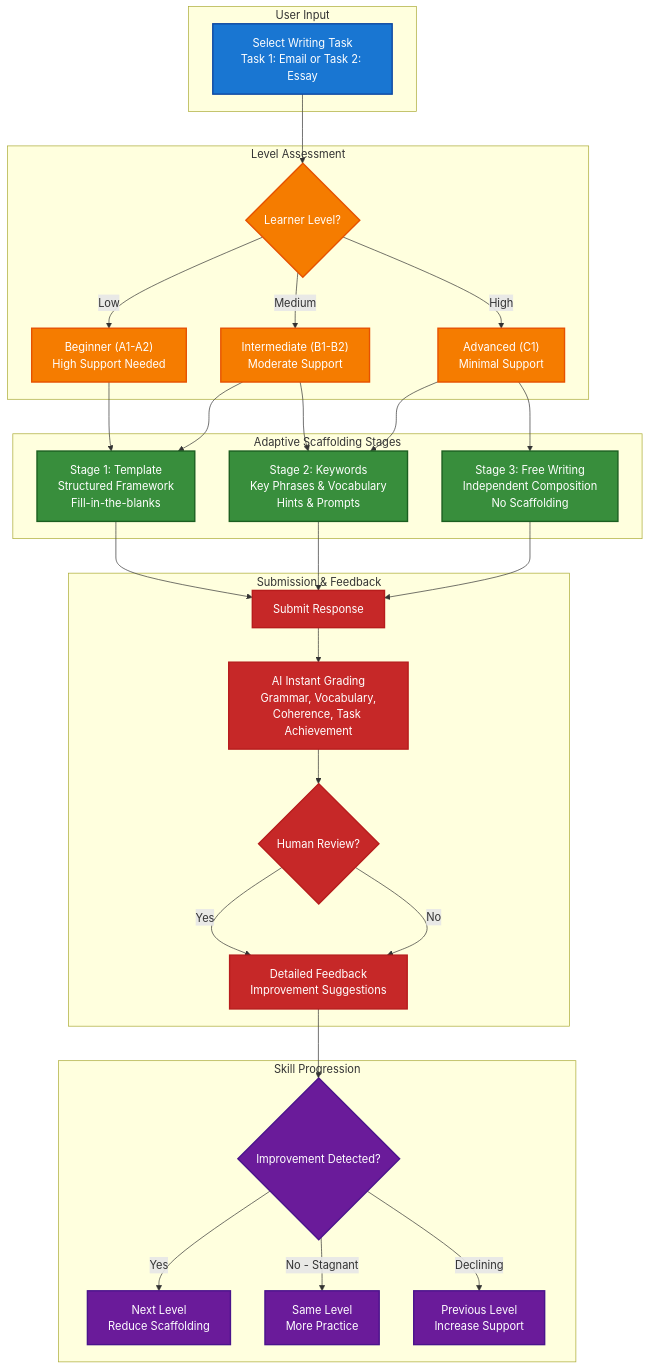
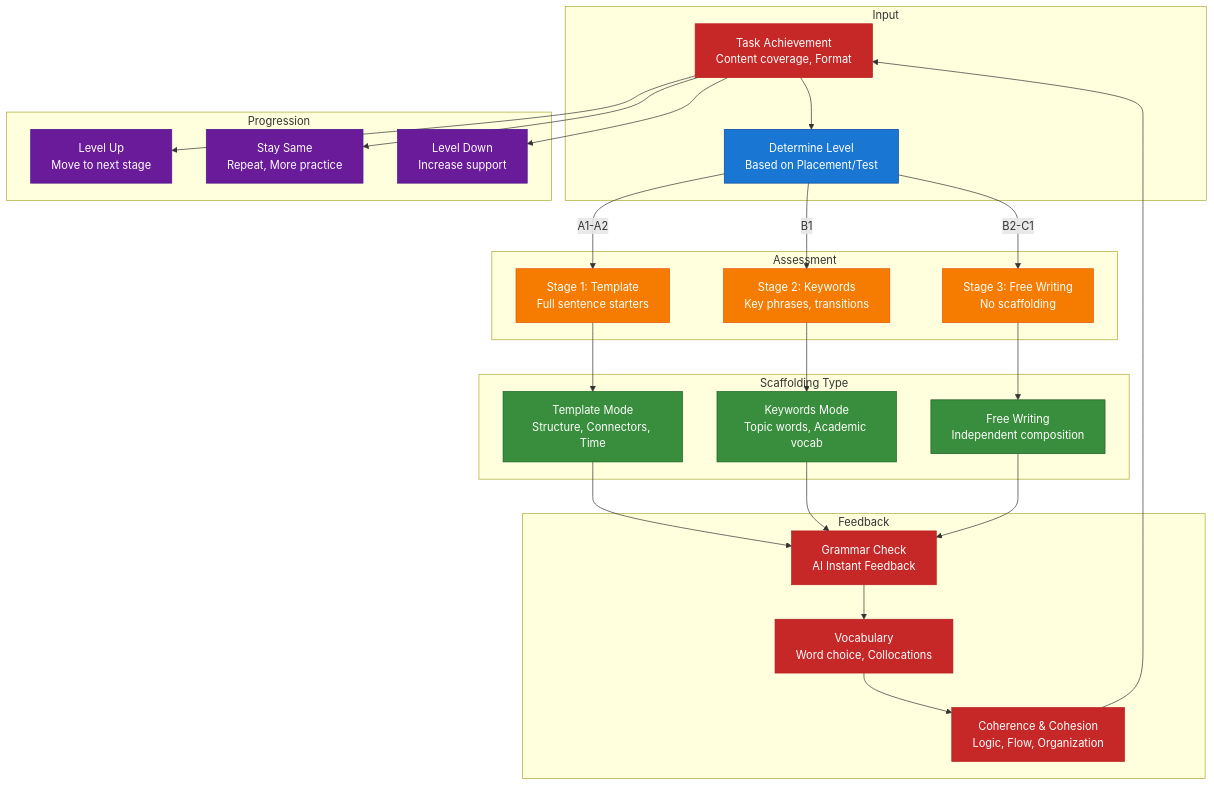
One commit to nghyane/VSTEP changed the third of 8 diagrams in docs/capstone/diagrams/flow-diagrams.md. Above: the diagram before and after it, drawn with Mermaid. The commit also changed other lines of this file and 1 other file, not shown here.

First line of the commit message:
docs: split flow diagrams into English and Vietnamese versions

````diff
--- a/docs/capstone/diagrams/flow-diagrams.md
+++ b/docs/capstone/diagrams/flow-diagrams.md
@@ -156,72 +127,61 @@
 ```mermaid
 flowchart TB
-    subgraph Input["User Input"]
-        select["Select Writing Task<br/>Task 1: Email or Task 2: Essay"]
+    subgraph Input ["Input"]
+        Task["Select Writing Task<br/>Task 1 (Email), Task 2 (Essay)"]
+        Level["Determine Level<br/>Based on Placement/Test"]
     end
 
-    subgraph Assessment["Level Assessment"]
-        level{"Learner Level?"}
-        beginner["Beginner (A1-A2)<br/>High Support Needed"]
-        intermediate["Intermediate (B1-B2)<br/>Moderate Support"]
-        advanced["Advanced (C1)<br/>Minimal Support"]
+    subgraph Assessment ["Assessment"]
+        Stage1["Stage 1: Template<br/>Full sentence starters"]
+        Stage2["Stage 2: Keywords<br/>Key phrases, transitions"]
+        Stage3["Stage 3: Free Writing<br/>No scaffolding"]
     end
 
-    subgraph Scaffold["Adaptive Scaffolding Stages"]
-        stage1["Stage 1: Template<br/>Structured Framework<br/>Fill-in-the-blanks"]
-        stage2["Stage 2: Keywords<br/>Key Phrases & Vocabulary<br/>Hints & Prompts"]
-        stage3["Stage 3: Free Writing<br/>Independent Composition<br/>No Scaffolding"]
+    subgraph Scaffold ["Scaffolding Type"]
+        Template["Template Mode<br/>Structure, Connectors, Time"]
+        Keywords["Keywords Mode<br/>Topic words, Academic vocab"]
+        Free["Free Writing<br/>Independent composition"]
     end
 
-    subgraph Submission["Submission & Feedback"]
-        submit["Submit Response"]
-        ai["AI Instant Grading<br/>Grammar, Vocabulary,<br/>Coherence, Task Achievement"]
-        human{"Human Review?"}
-        feedback["Detailed Feedback<br/>Improvement Suggestions"]
+    subgraph Feedback ["Feedback"]
+        Grammar["Grammar Check<br/>AI Instant Feedback"]
+        Vocab["Vocabulary<br/>Word choice, Collocations"]
+        Cohesion["Coherence & Cohesion<br/>Logic, Flow, Organization"]
+        Task["Task Achievement<br/>Content coverage, Format"]
     end
 
-    subgraph Progression["Skill Progression"]
-        improve{"Improvement Detected?"}
-        next["Next Level<br/>Reduce Scaffolding"]
-        repeat["Same Level<br/>More Practice"]
-        reset["Previous Level<br/>Increase Support"]
+    subgraph Progression ["Progression"]
+        Up["Level Up<br/>Move to next stage"]
+        Stay["Stay Same<br/>Repeat, More practice"]
+        Down["Level Down<br/>Increase support"]
     end
 
-    %% Flow connections
-    select --> level
-    level -->|Low| beginner
-    level -->|Medium| intermediate
-    level -->|High| advanced
-    
-    beginner --> stage1
-    intermediate --> stage1
-    intermediate --> stage2
-    advanced --> stage2
-    advanced --> stage3
-    
-    stage1 --> submit
-    stage2 --> submit
-    stage3 --> submit
-    
-    submit --> ai
-    ai --> human
-    human -->|Yes| feedback
-    human -->|No| feedback
-    feedback --> improve
-    
-    improve -->|Yes| next
-    improve -->|No - Stagnant| repeat
-    improve -->|Declining| reset
+    Task --> Level
+    Level -->|A1-A2| Stage1
+    Level -->|B1| Stage2
+    Level -->|B2-C1| Stage3
+    Stage1 --> Template
+    Stage2 --> Keywords
+    Stage3 --> Free
+    Template --> Grammar
+    Keywords --> Grammar
+    Free --> Grammar
+    Grammar --> Vocab
+    Vocab --> Cohesion
+    Cohesion --> Task
+    Task --> Up
+    Task --> Stay
+    Task --> Down
 
-    %% Styling
-    classDef input fill:#1976d2,stroke:#0d47a1,stroke-width:2px,color:#fff
-    classDef assessment fill:#f57c00,stroke:#e65100,stroke-width:2px,color:#fff
-    classDef scaffold fill:#388e3c,stroke:#1b5e20,stroke-width:2px,color:#fff
-    classDef feedback fill:#c62828,stroke:#b71c1c,stroke-width:2px,color:#fff
-    classDef progression fill:#6a1b9a,stroke:#4a148c,stroke-width:2px,color:#fff
+    classDef input fill:#1976d2,stroke:#0d47a1,color:#fff
+    classDef assessment fill:#f57c00,stroke:#e65100,color:#fff
+    classDef scaffold fill:#388e3c,stroke:#1b5e20,color:#fff
+    classDef feedback fill:#c62828,stroke:#b71c1c,color:#fff
+    classDef progression fill:#6a1b9a,stroke:#4a148c,color:#fff
 
-    class select input
-    class level,beginner,intermediate,advanced assessment
-    class stage1,stage2,stage3 scaffold
-    class submit,ai,human,feedback feedback
-    class improve,next,repeat,reset progression
+    class Task,Level input
+    class Stage1,Stage2,Stage3 assessment
+    class Template,Keywords,Free scaffold
+    class Grammar,Vocab,Cohesion,Task feedback
+    class Up,Stay,Down progression
 ```
````
